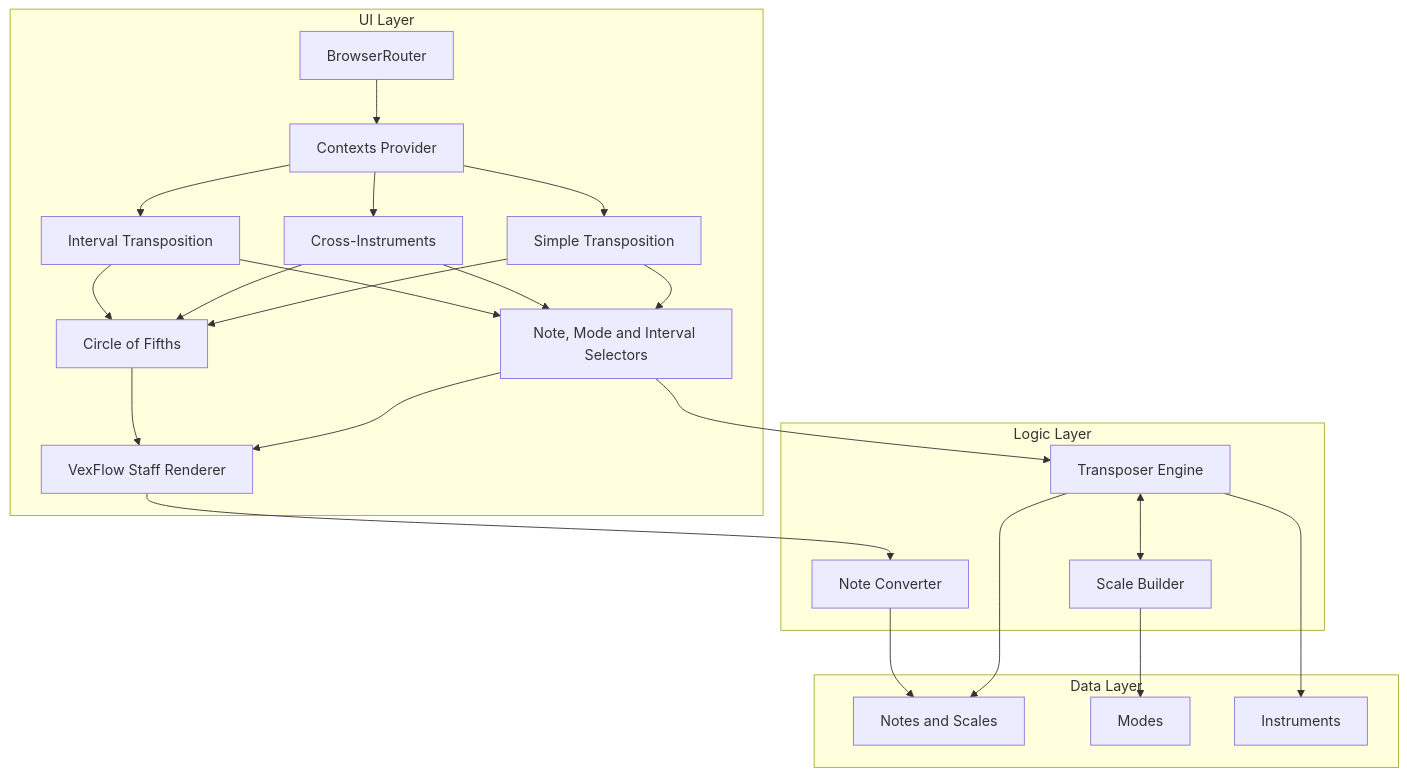
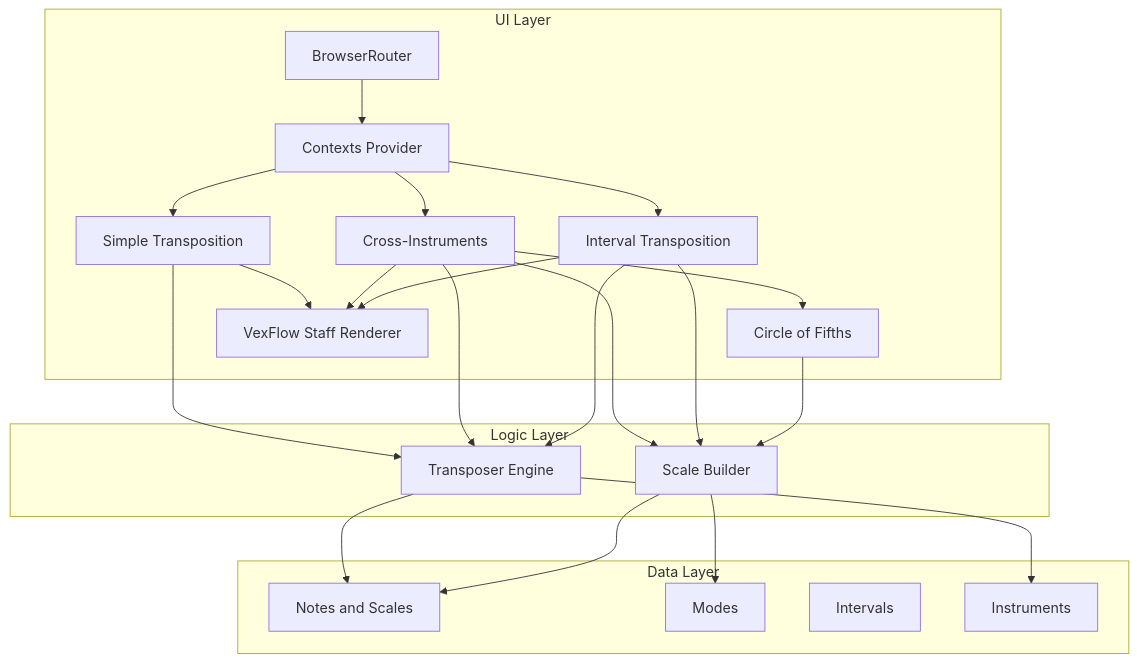
One commit to rodrigos1233/transposition changed the diagram in contents/PORTFOLIO_PRESENTATION.md. Above: the diagram before and after it, drawn with Mermaid.

````diff
--- a/contents/PORTFOLIO_PRESENTATION.md
+++ b/contents/PORTFOLIO_PRESENTATION.md
@@ -46,31 +46,31 @@
 ```mermaid
 graph TD
     subgraph UI[UI Layer]
         Router[BrowserRouter] --> Contexts[Contexts Provider]
         Contexts --> SimpleT[Simple Transposition]
         Contexts --> CrossT[Cross-Instruments]
         Contexts --> IntervalT[Interval Transposition]
-        SimpleT & CrossT & IntervalT --> Selectors[Note, Mode and Interval Selectors]
-        SimpleT & CrossT & IntervalT --> Circle[Circle of Fifths]
-        Selectors --> Staff[VexFlow Staff Renderer]
-        Circle --> Staff
+        CrossT --> Circle[Circle of Fifths]
+        SimpleT & CrossT & IntervalT --> Staff[VexFlow Staff Renderer]
     end
 
     subgraph Logic[Logic Layer]
-        Transposer[Transposer Engine] <--> ScaleBuilder[Scale Builder]
-        NoteConverter[Note Converter]
+        Transposer[Transposer Engine]
+        ScaleBuilder[Scale Builder]
     end
 
     subgraph Data[Data Layer]
         Notes[Notes and Scales]
         Modes[Modes]
+        Intervals[Intervals]
         Instruments[Instruments]
     end
 
-    Selectors --> Transposer
-    Staff --> NoteConverter
+    SimpleT & CrossT & IntervalT --> Transposer
+    CrossT & IntervalT --> ScaleBuilder
+    Circle --> ScaleBuilder
     Transposer --> Notes
     Transposer --> Instruments
+    ScaleBuilder --> Notes
     ScaleBuilder --> Modes
-    NoteConverter --> Notes
 ```
````
